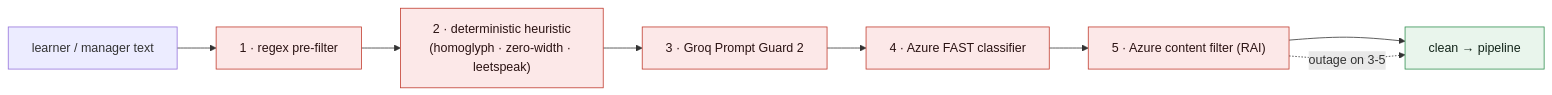
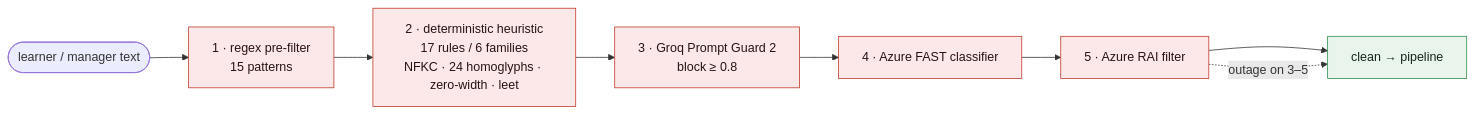
One commit to theCodeForgerHQ/msf-reasoning-agent changed the fifth of 10 diagrams in README.md. Above: the diagram before and after it, drawn with Mermaid. The commit also changed other lines of this file and 2 other files, not shown here.

First line of the commit message:
Enhance insights dashboard and manager workspace

````diff
--- a/README.md
+++ b/README.md
@@ -340,13 +284,13 @@
 ```mermaid
 flowchart LR
     classDef s fill:#fce8e8,stroke:#c0392b,color:#2a1212
     classDef ok fill:#e9f5ec,stroke:#2f8f4e,color:#13251a
 
-    IN["learner / manager text"] --> C1["1 · regex pre-filter"]:::s
-    C1 --> C2["2 · deterministic heuristic<br/>(homoglyph · zero-width · leetspeak)"]:::s
-    C2 --> C3["3 · Groq Prompt Guard 2"]:::s
+    IN(["learner / manager text"]) --> C1["1 · regex pre-filter<br/>15 patterns"]:::s
+    C1 --> C2["2 · deterministic heuristic<br/>17 rules / 6 families<br/>NFKC · 24 homoglyphs · zero-width · leet"]:::s
+    C2 --> C3["3 · Groq Prompt Guard 2<br/>block ≥ 0.8"]:::s
     C3 --> C4["4 · Azure FAST classifier"]:::s
-    C4 --> C5["5 · Azure content filter (RAI)"]:::s
+    C4 --> C5["5 · Azure RAI filter"]:::s
     C5 --> PASS["clean → pipeline"]:::ok
-    C5 -.->|outage on 3-5| PASS
+    C5 -.->|"outage on 3–5"| PASS
 ```
````
